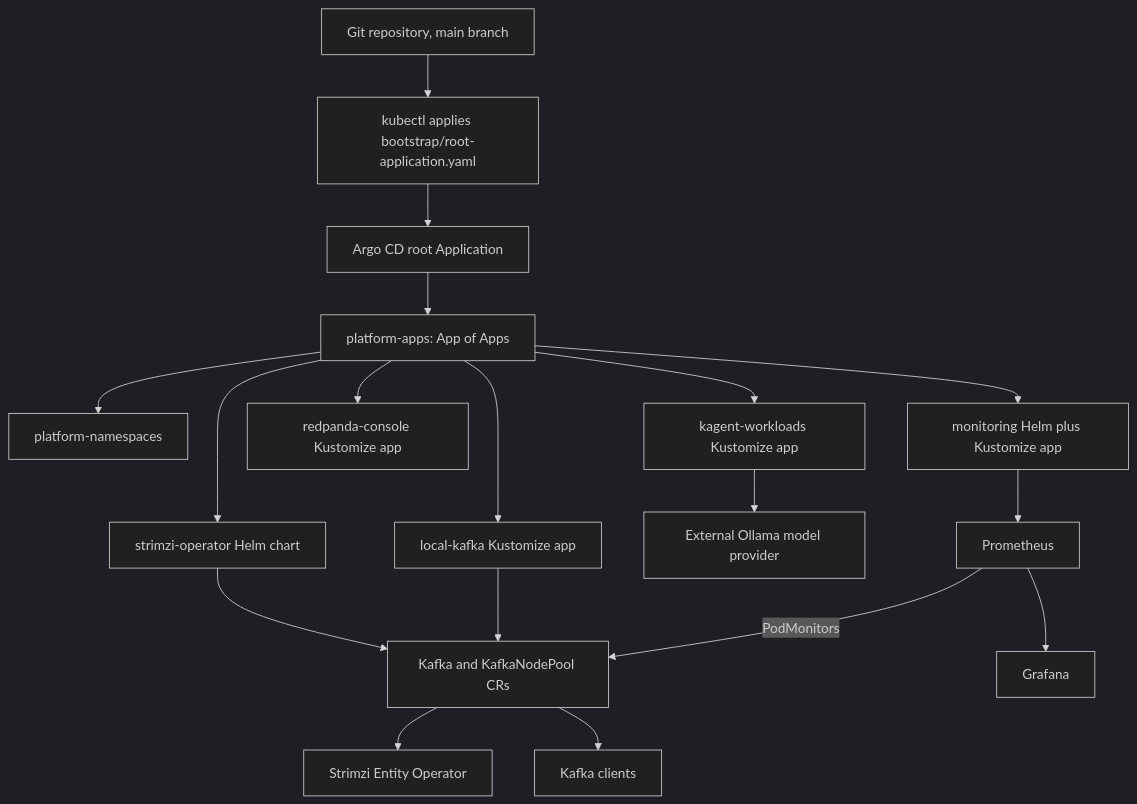
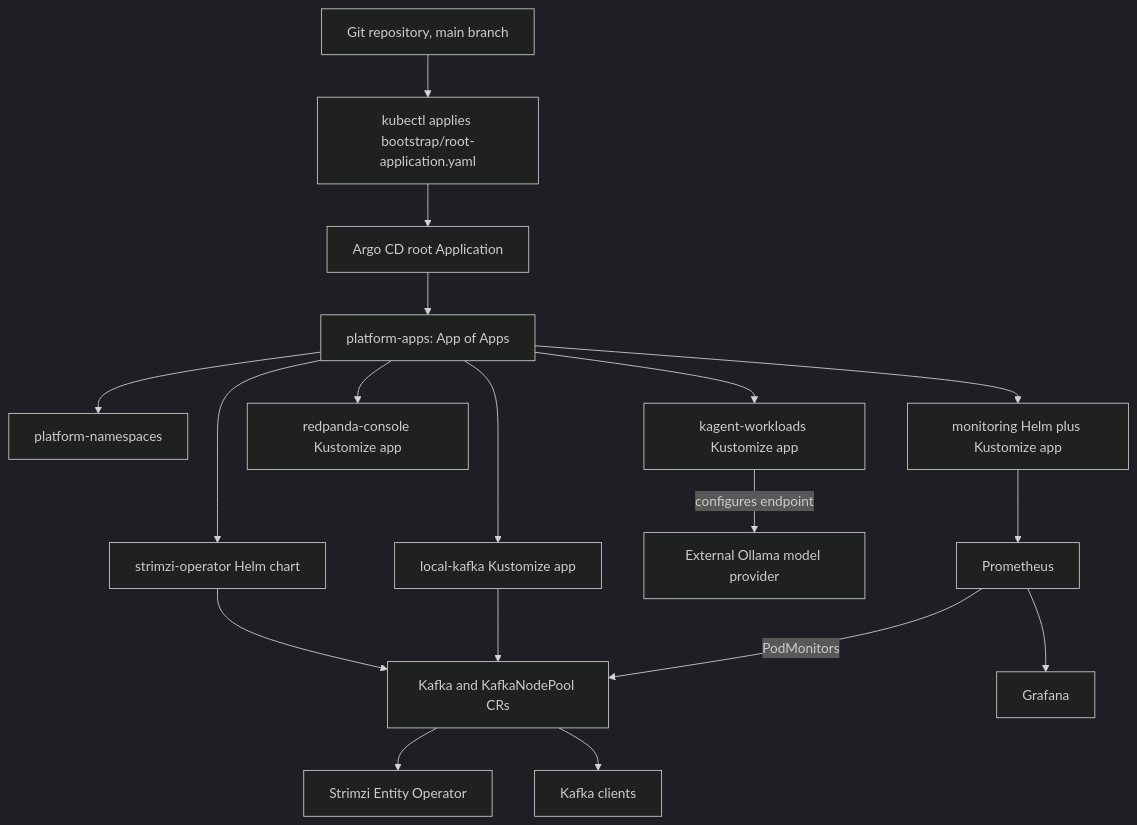
Before and after one commit to zamirarif/strimzi-minikube-gitops: the first of 4 diagrams in ARCHITECTURE.md, drawn with Mermaid (dark theme). The commit also changed other lines of this file, not shown here.

````diff
--- a/ARCHITECTURE.md
+++ b/ARCHITECTURE.md
@@ -17,36 +17,36 @@
 ```mermaid
 flowchart TD
     Git[Git repository, main branch]
     Bootstrap[kubectl applies bootstrap/root-application.yaml]
     Root[Argo CD root Application]
     Apps[platform-apps: App of Apps]
     Namespaces[platform-namespaces]
     Operator[strimzi-operator Helm chart]
     KafkaApp[local-kafka Kustomize app]
     MonitoringApp[monitoring Helm plus Kustomize app]
     ConsoleApp[redpanda-console Kustomize app]
     KagentApp[kagent-workloads Kustomize app]
     Ollama[External Ollama model provider]
     CRs[Kafka and KafkaNodePool CRs]
     Entity[Strimzi Entity Operator]
     Clients[Kafka clients]
     Prom[Prometheus]
     Grafana[Grafana]
 
     Git --> Bootstrap --> Root
     Root --> Apps
     Apps --> Namespaces
     Apps --> Operator
     Apps --> KafkaApp
     Apps --> MonitoringApp
     Apps --> ConsoleApp
     Apps --> KagentApp
     Operator --> CRs
     KafkaApp --> CRs
     CRs --> Entity
     CRs --> Clients
     MonitoringApp --> Prom
     Prom -->|PodMonitors| CRs
     Prom --> Grafana
-    KagentApp --> Ollama
+    KagentApp -->|configures endpoint| Ollama
 ```
````
